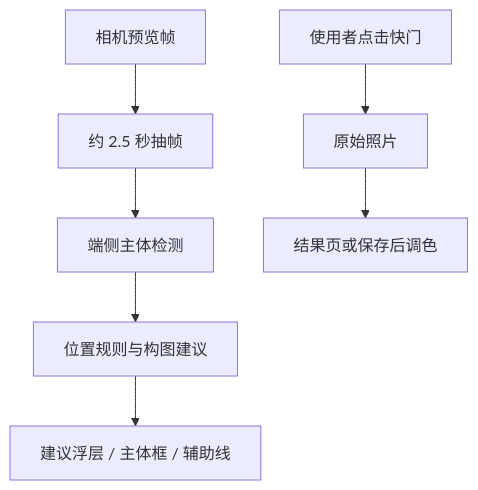
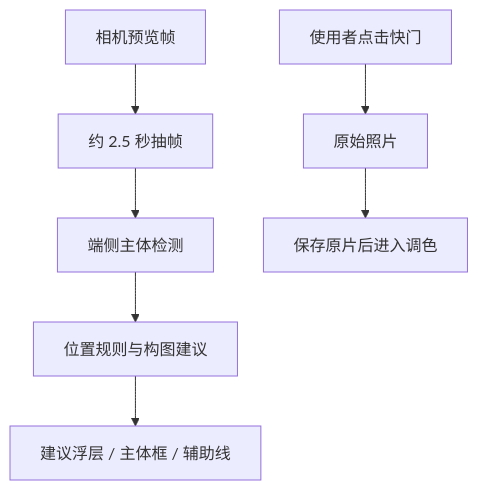
One commit to MinJung-Go/CompositionHelper changed the second of 4 diagrams in docs/architecture/ARCHITECTURE.md. Above: the diagram before and after it, drawn with Mermaid. The commit also changed other lines of this file and 15 other files, not shown here.

````diff
--- a/docs/architecture/ARCHITECTURE.md
+++ b/docs/architecture/ARCHITECTURE.md
@@ -48,9 +48,9 @@
 ```mermaid
 flowchart TD
     Preview[相机预览帧] --> Throttle[约 2.5 秒抽帧]
     Throttle --> Detection[端侧主体检测]
     Detection --> Rules[位置规则与构图建议]
     Rules --> Overlay[建议浮层 / 主体框 / 辅助线]
     Shutter[使用者点击快门] --> Capture[原始照片]
-    Capture --> Result[结果页或保存后调色]
+    Capture --> Result[保存原片后进入调色]
 ```
````
